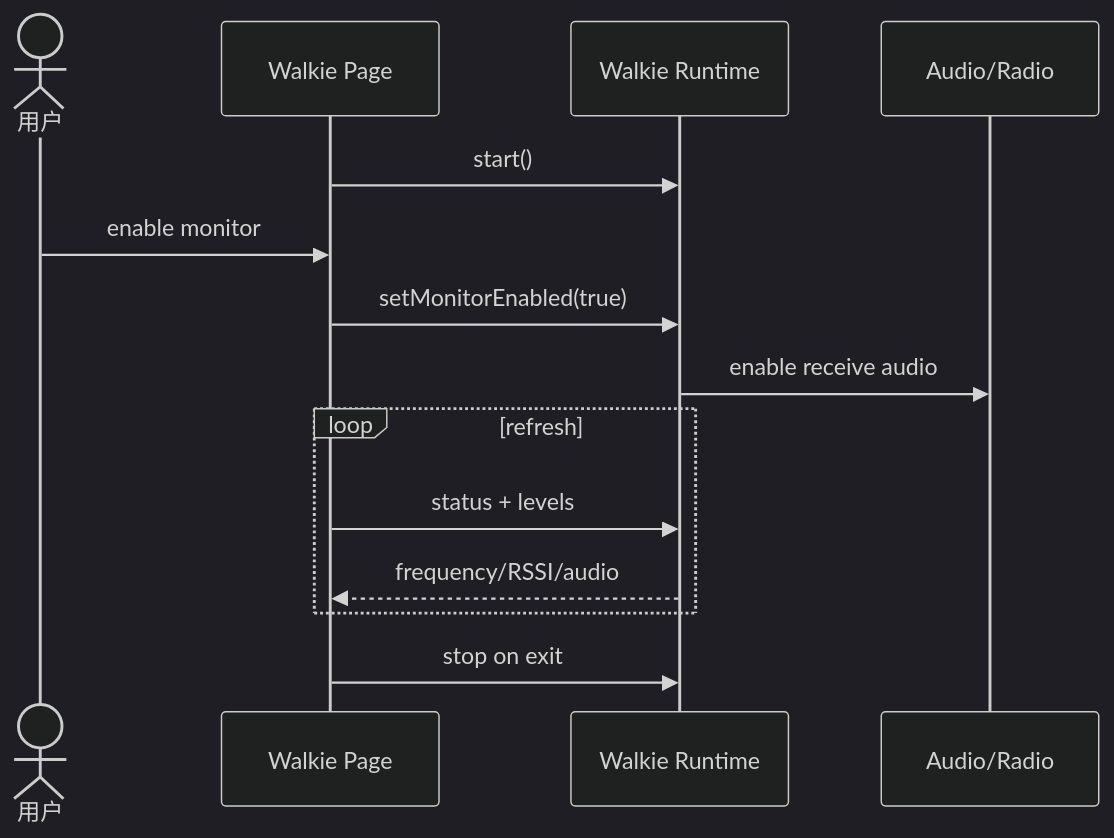
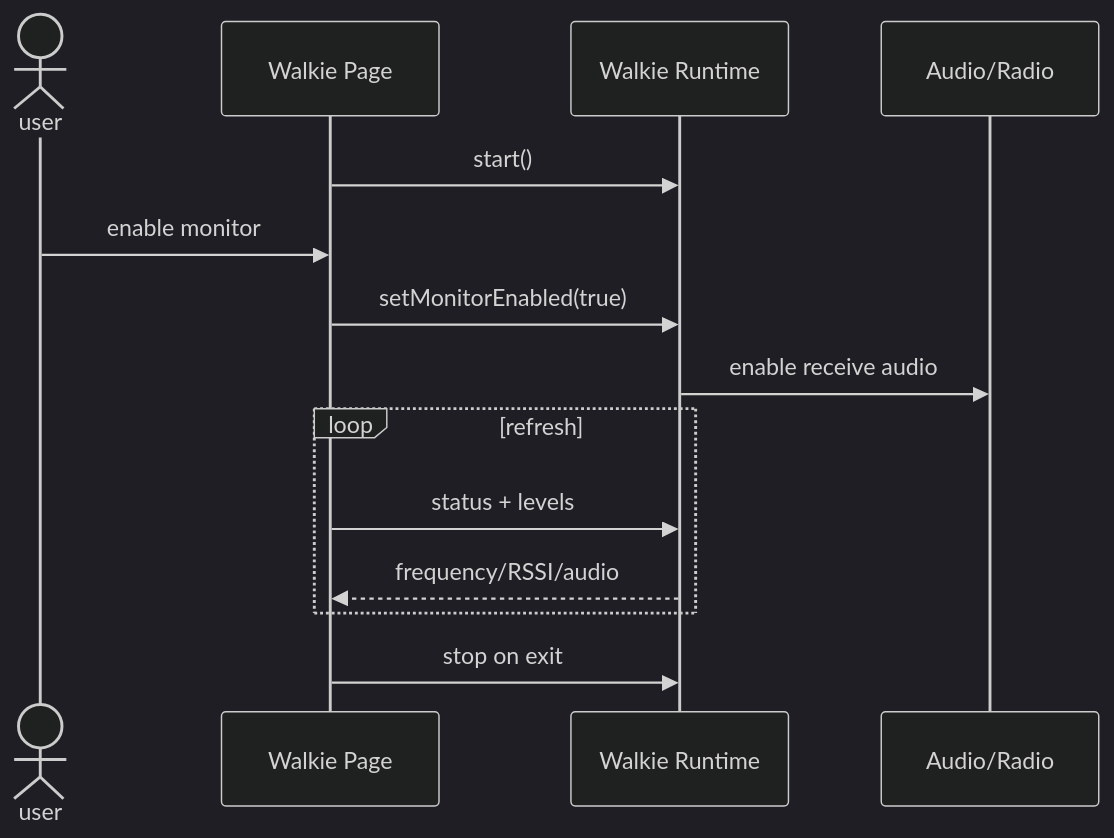
One commit to manmuqingshan/trail-mate changed the diagram in docs/design/use-case-diagrams/monitor-walkie-channel/sequences/sequence-monitor-walkie-channel.md. Above: the diagram before and after it, drawn with Mermaid (dark theme). The commit also changed other lines of this file and 527 other files, not shown here.

````diff
--- a/docs/design/use-case-diagrams/monitor-walkie-channel/sequences/sequence-monitor-walkie-channel.md
+++ b/docs/design/use-case-diagrams/monitor-walkie-channel/sequences/sequence-monitor-walkie-channel.md
@@ -2,16 +2,16 @@
 ```mermaid
 sequenceDiagram
-  actor U as 用户
+ actor U as user
   participant UI as Walkie Page
   participant Runtime as Walkie Runtime
   participant Audio as Audio/Radio
   UI->>Runtime: start()
   U->>UI: enable monitor
   UI->>Runtime: setMonitorEnabled(true)
   Runtime->>Audio: enable receive audio
   loop refresh
     UI->>Runtime: status + levels
     Runtime-->>UI: frequency/RSSI/audio
   end
   UI->>Runtime: stop on exit
 ```
````
